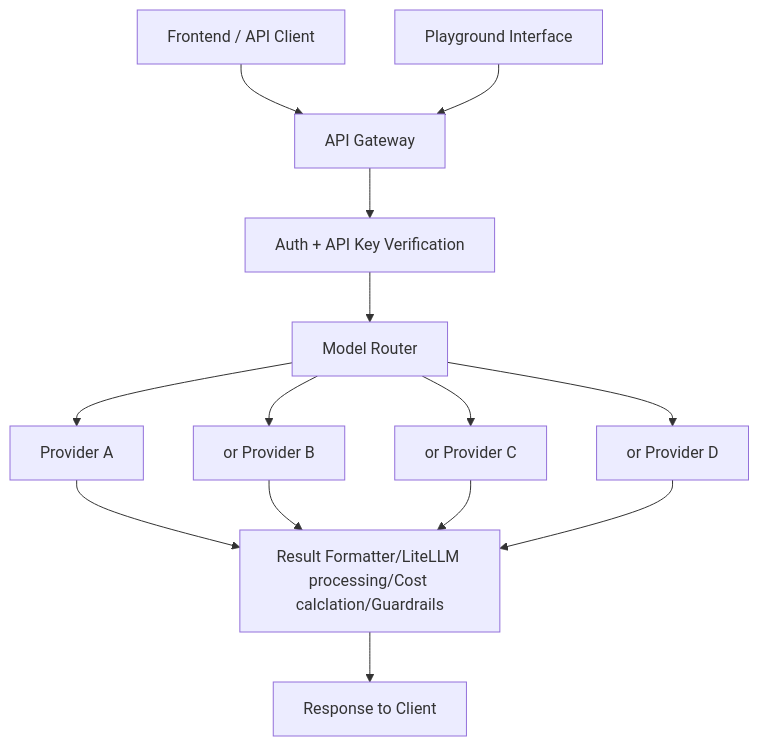
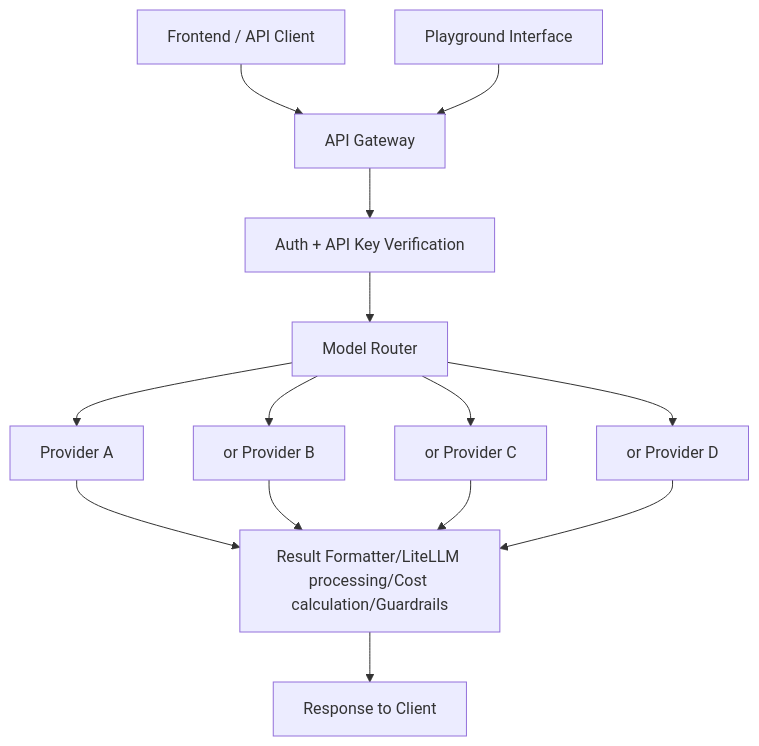
Before and after one commit to shivam-allcognix/docs: the diagram in essentials/Overview.mdx, drawn with Mermaid.

Commit message:
Documentation edits made through Mintlify web editor

````diff
--- a/essentials/Overview.mdx
+++ b/essentials/Overview.mdx
@@ -151,19 +151,19 @@
 ```mermaid  theme={null}
 graph TB
     A[Frontend / API Client] --> B[API Gateway]
     B --> C[Auth + API Key Verification]
     C --> D[Model Router]
     D --> E[Provider A]
     D --> F[or Provider B]
     D --> G[or Provider C]
     D --> H[or Provider D]
 
-    E --> I[Result Formatter/LiteLLM processing/Cost calclation/Guardrails]
+    E --> I[Result Formatter/LiteLLM processing/Cost calculation/Guardrails]
     F --> I
     G --> I
     H --> I
 
     I --> J[Response to Client]
 
     K[Playground Interface] --> B
 ```
````
